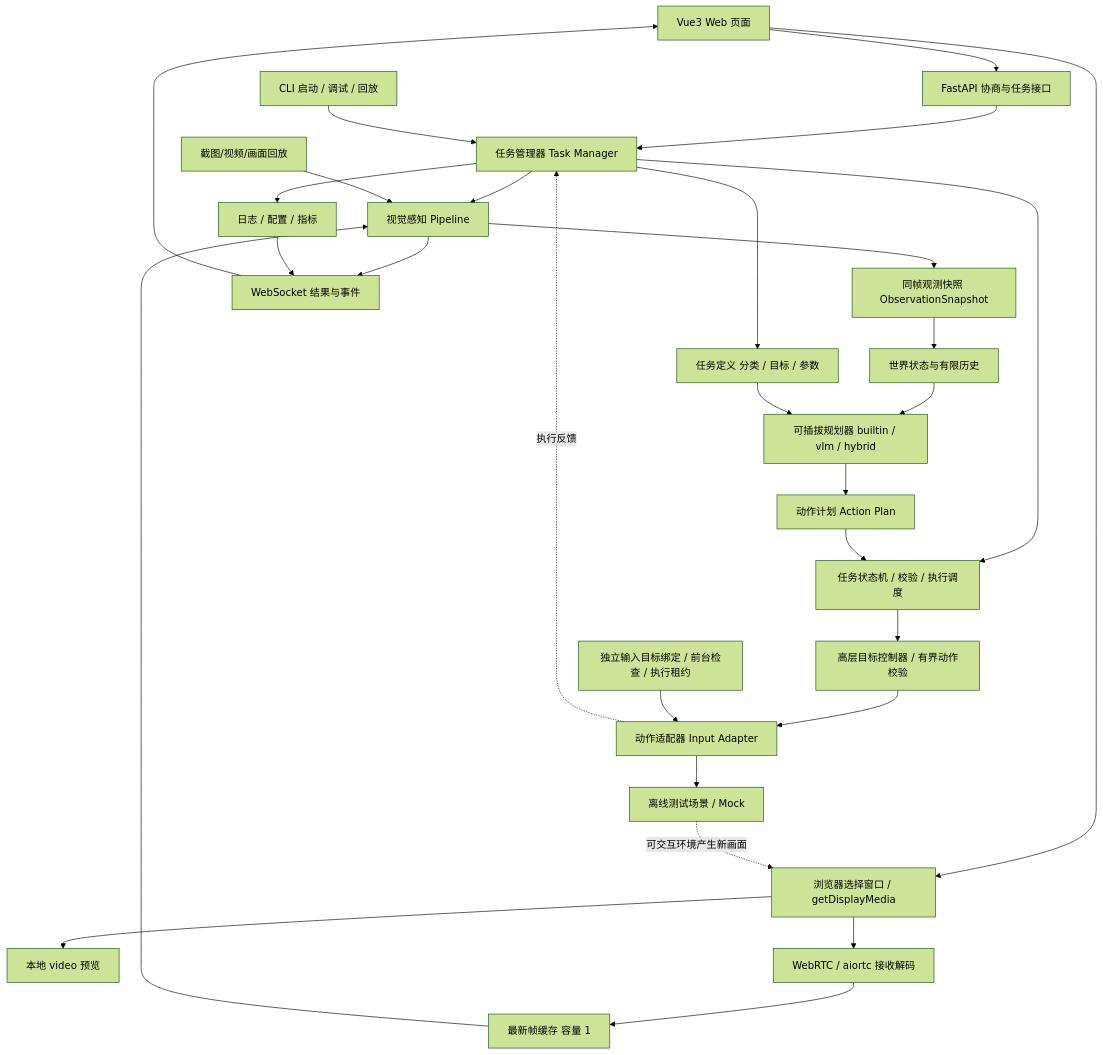
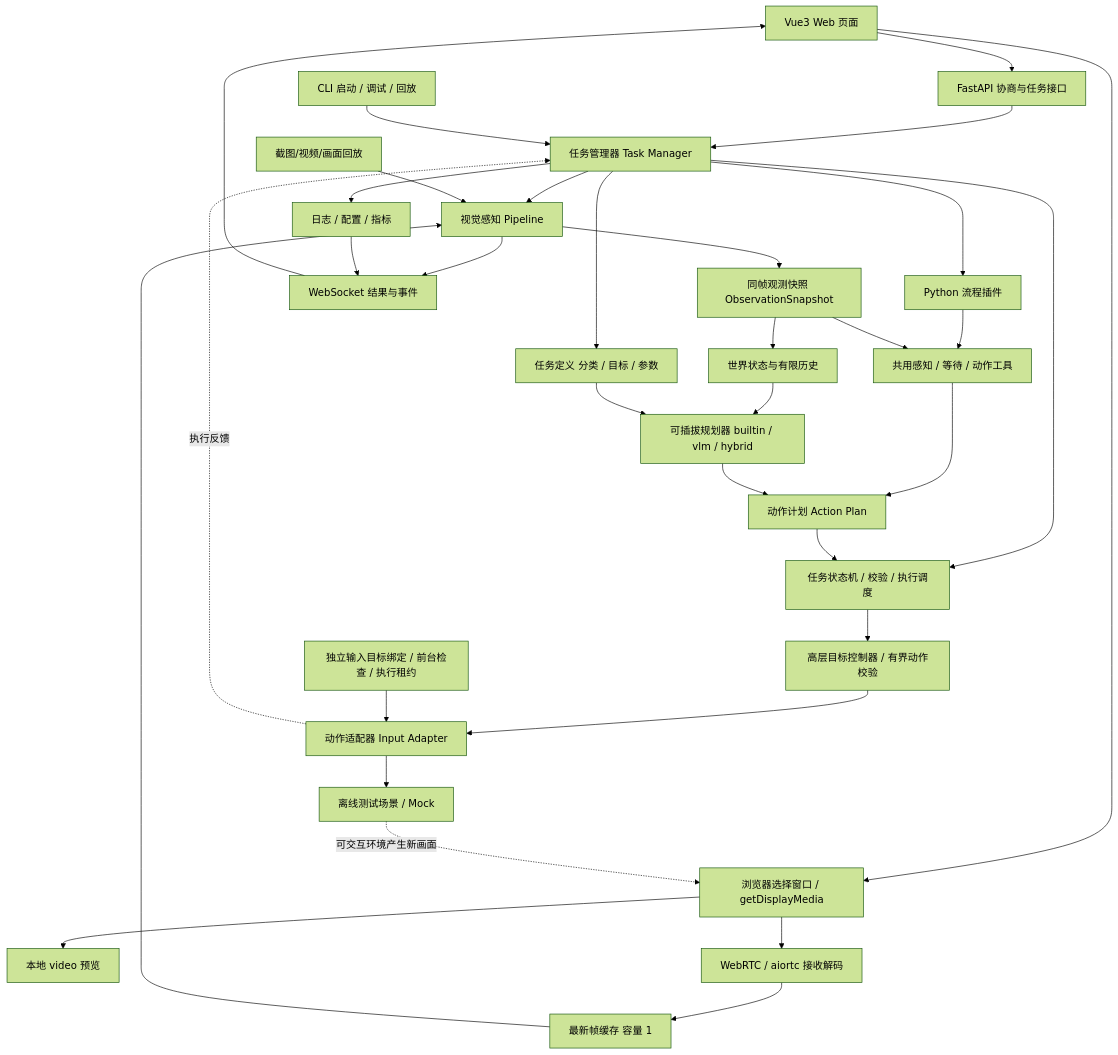
Before and after one commit to kkagura/m-story-helper: the diagram in 技术方案.md, drawn with Mermaid (forest theme). The commit also changed other lines of this file and 7 other files, not shown here.

````diff
--- a/技术方案.md
+++ b/技术方案.md
@@ -61,31 +61,35 @@
 ```mermaid
 flowchart TD
     A[Vue3 Web 页面] --> B[FastAPI 协商与任务接口]
     A --> V[浏览器选择窗口 / getDisplayMedia]
     V --> P[本地 video 预览]
     V --> R[WebRTC / aiortc 接收解码]
     R --> Q[最新帧缓存 容量 1]
     Q --> D[视觉感知 Pipeline]
     B --> C[任务管理器 Task Manager]
     CLI[CLI 启动 / 调试 / 回放] --> C
     C --> D
     D --> O[同帧观测快照 ObservationSnapshot]
     O --> E[世界状态与有限历史]
     E --> F[可插拔规划器 builtin / vlm / hybrid]
     T[任务定义 分类 / 目标 / 参数] --> F
     C --> T
+    C --> WF[Python 流程插件]
+    WF --> TOOL[共用感知 / 等待 / 动作工具]
+    O --> TOOL
+    TOOL --> G
     C --> S[任务状态机 / 校验 / 执行调度]
     F --> G[动作计划 Action Plan]
     G --> S
     S --> CTRL[高层目标控制器 / 有界动作校验]
     CTRL --> H[动作适配器 Input Adapter]
     W[独立输入目标绑定 / 前台检查 / 执行租约] --> H
     H --> I[离线测试场景 / Mock]
     H -. 执行反馈 .-> C
     J[截图/视频/画面回放] --> D
     I -. 可交互环境产生新画面 .-> V
     C --> K[日志 / 配置 / 指标]
     D --> L[WebSocket 结果与事件]
     K --> L
     L --> A
 ```
````
